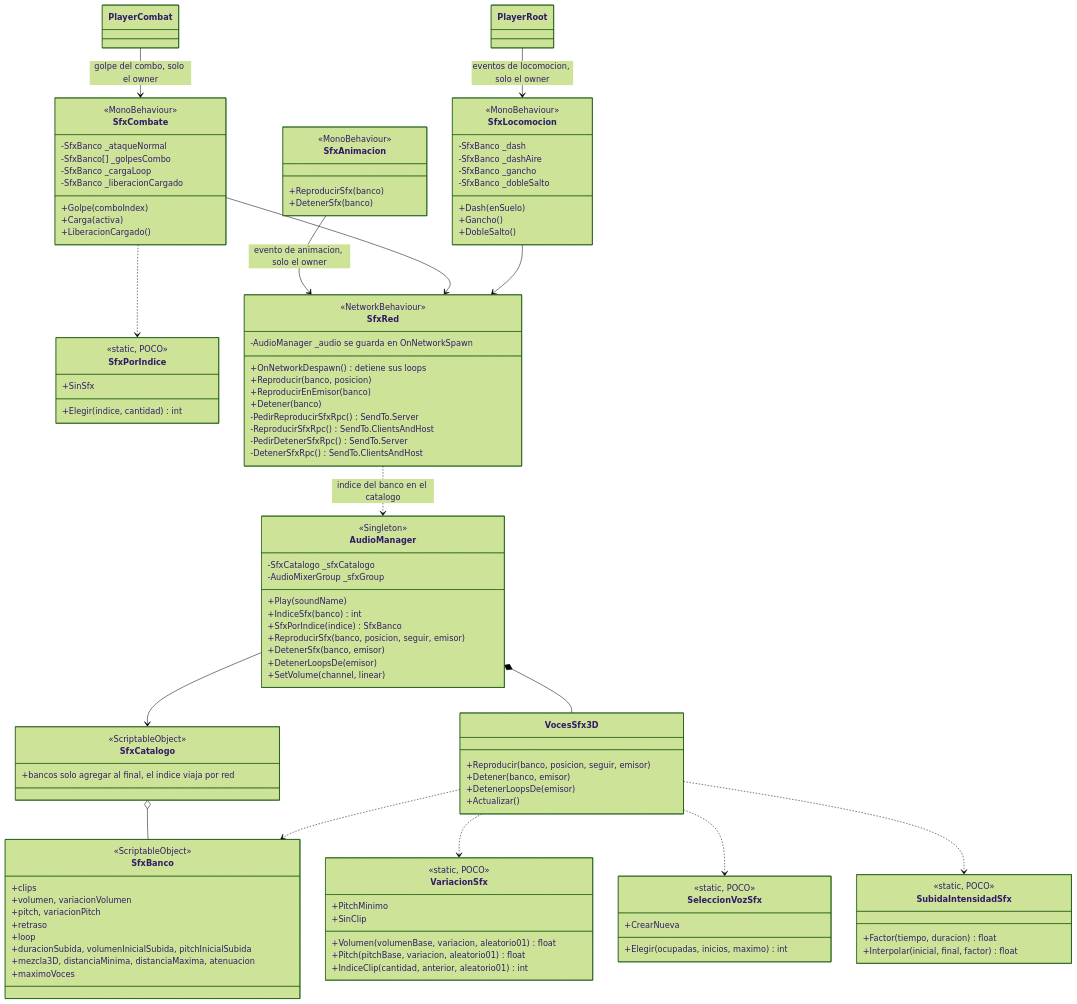
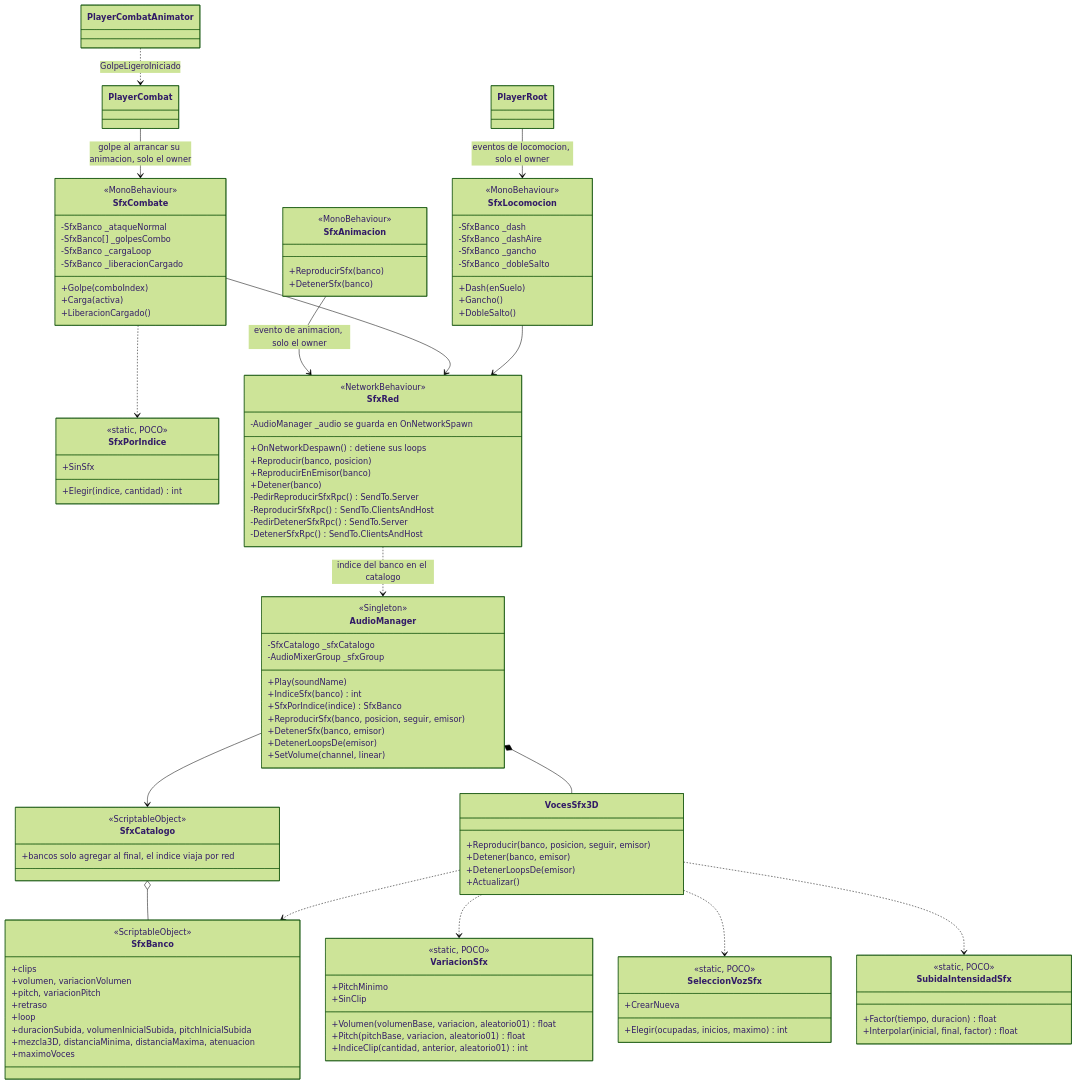
Before and after one commit to VicBojoDev10/DeathOfMeaningRepo: the diagram in docs/diagrams/audio.mermaid, drawn with Mermaid (forest theme).

Commit message:
doc: link light hit sounds to the animation start in the audio diagram

```diff
--- a/docs/diagrams/audio.mermaid
+++ b/docs/diagrams/audio.mermaid
@@ -1,120 +1,121 @@
 classDiagram
     class VariacionSfx {
         <<static, POCO>>
         +PitchMinimo
         +SinClip
         +Volumen(volumenBase, variacion, aleatorio01) float
         +Pitch(pitchBase, variacion, aleatorio01) float
         +IndiceClip(cantidad, anterior, aleatorio01) int
     }
 
     class SeleccionVozSfx {
         <<static, POCO>>
         +CrearNueva
         +Elegir(ocupadas, inicios, maximo) int
     }
 
     class SfxPorIndice {
         <<static, POCO>>
         +SinSfx
         +Elegir(indice, cantidad) int
     }
 
     class SfxCombate {
         <<MonoBehaviour>>
         -SfxBanco _ataqueNormal
         -SfxBanco[] _golpesCombo
         -SfxBanco _cargaLoop
         -SfxBanco _liberacionCargado
         +Golpe(comboIndex)
         +Carga(activa)
         +LiberacionCargado()
     }
 
     class SfxLocomocion {
         <<MonoBehaviour>>
         -SfxBanco _dash
         -SfxBanco _dashAire
         -SfxBanco _gancho
         -SfxBanco _dobleSalto
         +Dash(enSuelo)
         +Gancho()
         +DobleSalto()
     }
 
     class SubidaIntensidadSfx {
         <<static, POCO>>
         +Factor(tiempo, duracion) float
         +Interpolar(inicial, final, factor) float
     }
 
     class SfxBanco {
         <<ScriptableObject>>
         +clips
         +volumen, variacionVolumen
         +pitch, variacionPitch
         +retraso
         +loop
         +duracionSubida, volumenInicialSubida, pitchInicialSubida
         +mezcla3D, distanciaMinima, distanciaMaxima, atenuacion
         +maximoVoces
     }
 
     class SfxCatalogo {
         <<ScriptableObject>>
         +bancos solo agregar al final, el indice viaja por red
     }
 
     class AudioManager {
         <<Singleton>>
         -SfxCatalogo _sfxCatalogo
         -AudioMixerGroup _sfxGroup
         +Play(soundName)
         +IndiceSfx(banco) int
         +SfxPorIndice(indice) SfxBanco
         +ReproducirSfx(banco, posicion, seguir, emisor)
         +DetenerSfx(banco, emisor)
         +DetenerLoopsDe(emisor)
         +SetVolume(channel, linear)
     }
 
     class VocesSfx3D {
         +Reproducir(banco, posicion, seguir, emisor)
         +Detener(banco, emisor)
         +DetenerLoopsDe(emisor)
         +Actualizar()
     }
 
     class SfxRed {
         <<NetworkBehaviour>>
         -AudioManager _audio se guarda en OnNetworkSpawn
         +OnNetworkDespawn() detiene sus loops
         +Reproducir(banco, posicion)
         +ReproducirEnEmisor(banco)
         +Detener(banco)
         -PedirReproducirSfxRpc() SendTo.Server
         -ReproducirSfxRpc() SendTo.ClientsAndHost
         -PedirDetenerSfxRpc() SendTo.Server
         -DetenerSfxRpc() SendTo.ClientsAndHost
     }
 
     class SfxAnimacion {
         <<MonoBehaviour>>
         +ReproducirSfx(banco)
         +DetenerSfx(banco)
     }
 
     SfxCatalogo o-- SfxBanco
     AudioManager --> SfxCatalogo
     AudioManager *-- VocesSfx3D
     VocesSfx3D ..> VariacionSfx
     VocesSfx3D ..> SeleccionVozSfx
     VocesSfx3D ..> SfxBanco
     SfxRed ..> AudioManager : indice del banco en el catalogo
     SfxAnimacion --> SfxRed : evento de animacion, solo el owner
-    PlayerCombat --> SfxCombate : golpe del combo, solo el owner
+    PlayerCombat --> SfxCombate : golpe al arrancar su animacion, solo el owner
+    PlayerCombatAnimator ..> PlayerCombat : GolpeLigeroIniciado
     SfxCombate ..> SfxPorIndice
     SfxCombate --> SfxRed
     VocesSfx3D ..> SubidaIntensidadSfx
     PlayerRoot --> SfxLocomocion : eventos de locomocion, solo el owner
     SfxLocomocion --> SfxRed
```
